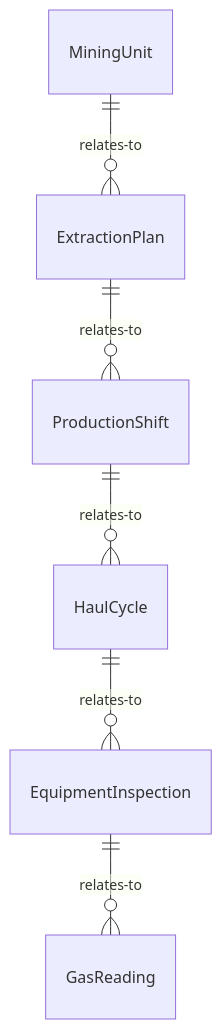
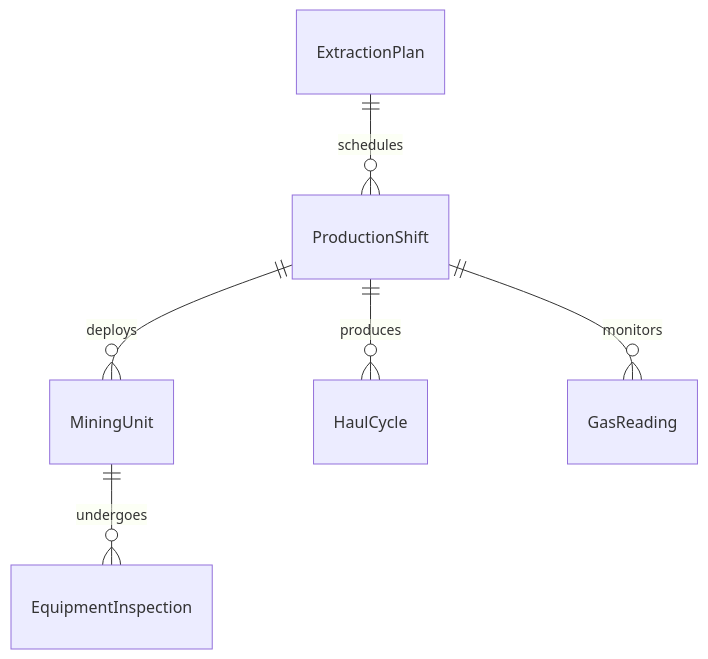
The first of 4 diagrams in ControllingMachinesAndProcesses/OperateConstructionOrExcavationEquipment/OperateMiningEquipment.mdx (dot-org-ai/tasks.org.ai), drawn with Mermaid before and after one commit. The commit also changed other lines of this file and 515 other files, not shown here.

````diff
--- a/ControllingMachinesAndProcesses/OperateConstructionOrExcavationEquipment/OperateMiningEquipment.mdx
+++ b/ControllingMachinesAndProcesses/OperateConstructionOrExcavationEquipment/OperateMiningEquipment.mdx
@@ -88,8 +88,8 @@
 ```mermaid
 erDiagram
-    MiningUnit ||--o{ ExtractionPlan : relates-to
-    ExtractionPlan ||--o{ ProductionShift : relates-to
-    ProductionShift ||--o{ HaulCycle : relates-to
-    HaulCycle ||--o{ EquipmentInspection : relates-to
-    EquipmentInspection ||--o{ GasReading : relates-to
+    ExtractionPlan ||--o{ ProductionShift : schedules
+    ProductionShift ||--o{ MiningUnit : deploys
+    ProductionShift ||--o{ HaulCycle : produces
+    MiningUnit ||--o{ EquipmentInspection : undergoes
+    ProductionShift ||--o{ GasReading : monitors
 ```
````
